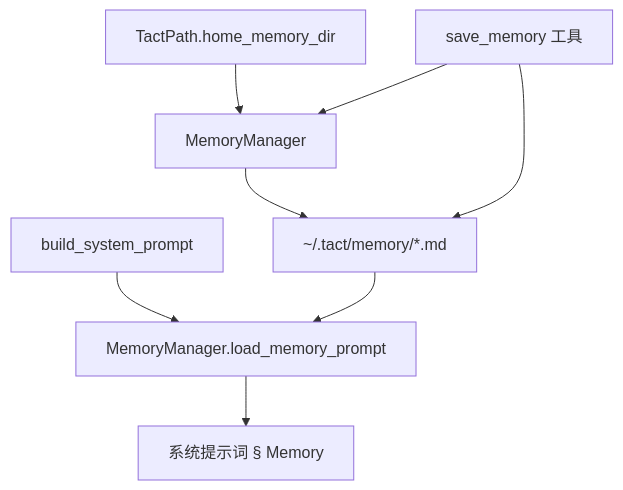
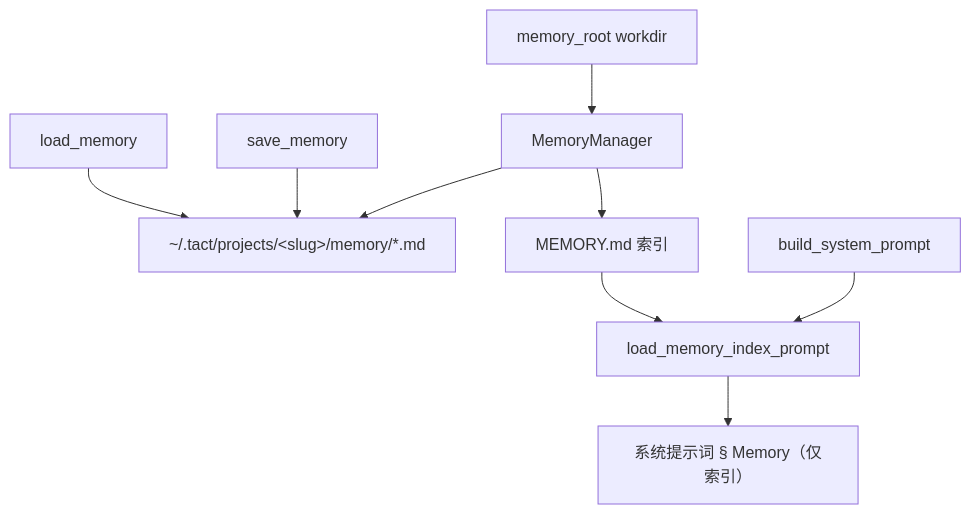
Before and after one commit to rust-infra/tact: the diagram in book/03_chapter_memory_zh.md, drawn with Mermaid. The commit also changed other lines of this file and 37 other files, not shown here.

````diff
--- a/book/03_chapter_memory_zh.md
+++ b/book/03_chapter_memory_zh.md
@@ -28,10 +30,11 @@
 ```mermaid
 graph TD
-    tp[TactPath.home_memory_dir] --> mm[MemoryManager]
-    mm --> files[~/.tact/memory/*.md]
-    bsp[build_system_prompt] --> mm2[MemoryManager.load_memory_prompt]
-    mm2 --> sp[系统提示词 § Memory]
-    sm[save_memory 工具] --> files
-    sm --> mm
-    files --> mm2
+    mr[memory_root workdir] --> mm[MemoryManager]
+    mm --> files["~/.tact/projects/&lt;slug&gt;/memory/*.md"]
+    mm --> idx["MEMORY.md 索引"]
+    bsp[build_system_prompt] --> mm2[load_memory_index_prompt]
+    idx --> mm2
+    mm2 --> sp["系统提示词 § Memory（仅索引）"]
+    sm[save_memory] --> files
+    lm[load_memory] --> files
 ```
````
